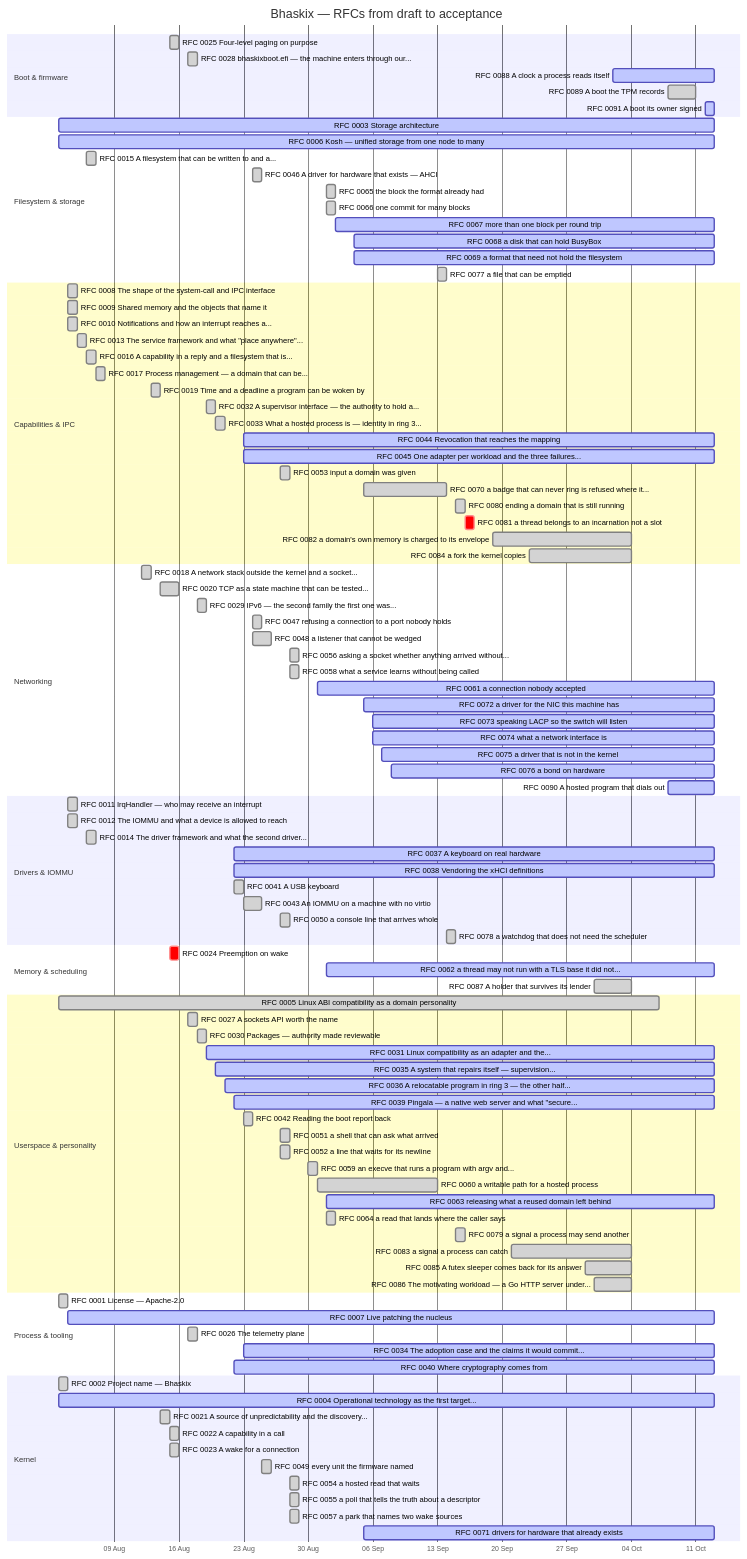
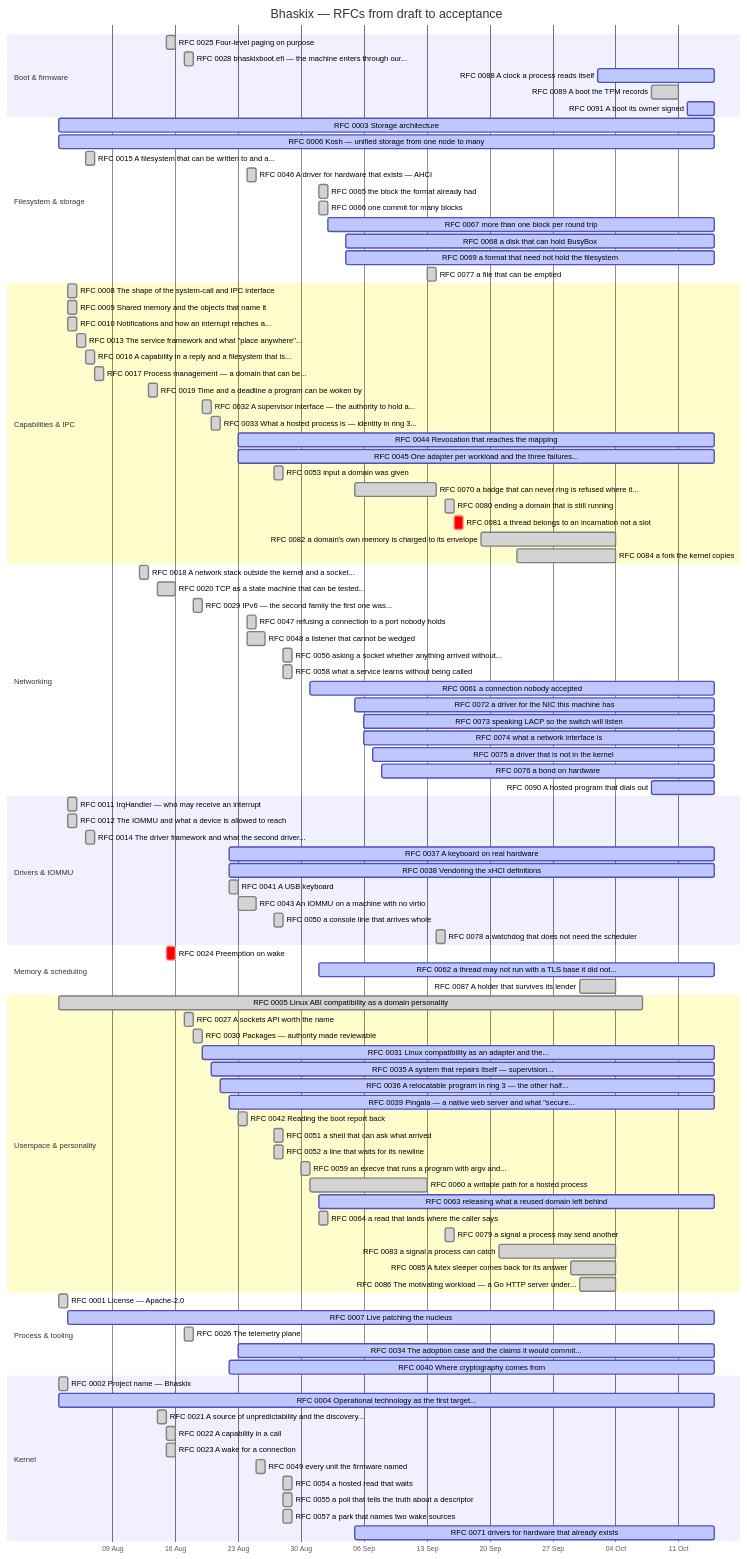
One commit to bhaskix/bhaskix changed the diagram in docs/progress.md. Above: the diagram before and after it, drawn with Mermaid. The commit also changed other lines of this file and 4 other files, not shown here.

First line of the commit message:
kernel: read the dial probe's finishing word before its answers

````diff
--- a/docs/progress.md
+++ b/docs/progress.md
@@ -30,19 +30,19 @@
     section Boot & firmware
     RFC 0025 Four-level paging on purpose :done, r0025, 2026-08-15, 2026-08-16
     RFC 0028 bhaskixboot.efi — the machine enters through our... :done, r0028, 2026-08-17, 2026-08-18
-    RFC 0088 A clock a process reads itself :active, r0088, 2026-10-02, 2026-10-13
+    RFC 0088 A clock a process reads itself :active, r0088, 2026-10-02, 2026-10-15
     RFC 0089 A boot the TPM records :done, r0089, 2026-10-08, 2026-10-11
-    RFC 0091 A boot its owner signed :active, r0091, 2026-10-12, 2026-10-13
+    RFC 0091 A boot its owner signed :active, r0091, 2026-10-12, 2026-10-15
     section Filesystem & storage
-    RFC 0003 Storage architecture :active, r0003, 2026-08-03, 2026-10-13
-    RFC 0006 Kosh — unified storage from one node to many :active, r0006, 2026-08-03, 2026-10-13
+    RFC 0003 Storage architecture :active, r0003, 2026-08-03, 2026-10-15
+    RFC 0006 Kosh — unified storage from one node to many :active, r0006, 2026-08-03, 2026-10-15
     RFC 0015 A filesystem that can be written to and a... :done, r0015, 2026-08-06, 1d
     RFC 0046 A driver for hardware that exists — AHCI :done, r0046, 2026-08-24, 1d
     RFC 0065 the block the format already had :done, r0065, 2026-09-01, 1d
     RFC 0066 one commit for many blocks :done, r0066, 2026-09-01, 1d
-    RFC 0067 more than one block per round trip :active, r0067, 2026-09-02, 2026-10-13
-    RFC 0068 a disk that can hold BusyBox :active, r0068, 2026-09-04, 2026-10-13
-    RFC 0069 a format that need not hold the filesystem :active, r0069, 2026-09-04, 2026-10-13
+    RFC 0067 more than one block per round trip :active, r0067, 2026-09-02, 2026-10-15
+    RFC 0068 a disk that can hold BusyBox :active, r0068, 2026-09-04, 2026-10-15
+    RFC 0069 a format that need not hold the filesystem :active, r0069, 2026-09-04, 2026-10-15
     RFC 0077 a file that can be emptied :done, r0077, 2026-09-13, 1d
     section Capabilities & IPC
     RFC 0008 The shape of the system-call and IPC interface :done, r0008, 2026-08-04, 1d
@@ -54,8 +54,8 @@
     RFC 0019 Time and a deadline a program can be woken by :done, r0019, 2026-08-13, 2026-08-14
     RFC 0032 A supervisor interface — the authority to hold a... :done, r0032, 2026-08-19, 2026-08-20
     RFC 0033 What a hosted process is — identity in ring 3... :done, r0033, 2026-08-20, 1d
-    RFC 0044 Revocation that reaches the mapping :active, r0044, 2026-08-23, 2026-10-13
-    RFC 0045 One adapter per workload and the three failures... :active, r0045, 2026-08-23, 2026-10-13
+    RFC 0044 Revocation that reaches the mapping :active, r0044, 2026-08-23, 2026-10-15
+    RFC 0045 One adapter per workload and the three failures... :active, r0045, 2026-08-23, 2026-10-15
     RFC 0053 input a domain was given :done, r0053, 2026-08-27, 1d
     RFC 0070 a badge that can never ring is refused where it... :done, r0070, 2026-09-05, 2026-09-14
     RFC 0080 ending a domain that is still running :done, r0080, 2026-09-15, 1d
@@ -70,41 +70,41 @@
     RFC 0048 a listener that cannot be wedged :done, r0048, 2026-08-24, 2026-08-26
     RFC 0056 asking a socket whether anything arrived without... :done, r0056, 2026-08-28, 1d
     RFC 0058 what a service learns without being called :done, r0058, 2026-08-28, 1d
-    RFC 0061 a connection nobody accepted :active, r0061, 2026-08-31, 2026-10-13
-    RFC 0072 a driver for the NIC this machine has :active, r0072, 2026-09-05, 2026-10-13
-    RFC 0073 speaking LACP so the switch will listen :active, r0073, 2026-09-06, 2026-10-13
-    RFC 0074 what a network interface is :active, r0074, 2026-09-06, 2026-10-13
-    RFC 0075 a driver that is not in the kernel :active, r0075, 2026-09-07, 2026-10-13
-    RFC 0076 a bond on hardware :active, r0076, 2026-09-08, 2026-10-13
-    RFC 0090 A hosted program that dials out :active, r0090, 2026-10-08, 2026-10-13
+    RFC 0061 a connection nobody accepted :active, r0061, 2026-08-31, 2026-10-15
+    RFC 0072 a driver for the NIC this machine has :active, r0072, 2026-09-05, 2026-10-15
+    RFC 0073 speaking LACP so the switch will listen :active, r0073, 2026-09-06, 2026-10-15
+    RFC 0074 what a network interface is :active, r0074, 2026-09-06, 2026-10-15
+    RFC 0075 a driver that is not in the kernel :active, r0075, 2026-09-07, 2026-10-15
+    RFC 0076 a bond on hardware :active, r0076, 2026-09-08, 2026-10-15
+    RFC 0090 A hosted program that dials out :active, r0090, 2026-10-08, 2026-10-15
     section Drivers & IOMMU
     RFC 0011 IrqHandler — who may receive an interrupt :done, r0011, 2026-08-04, 1d
     RFC 0012 The IOMMU and what a device is allowed to reach :done, r0012, 2026-08-04, 1d
     RFC 0014 The driver framework and what the second driver... :done, r0014, 2026-08-06, 1d
-    RFC 0037 A keyboard on real hardware :active, r0037, 2026-08-22, 2026-10-13
-    RFC 0038 Vendoring the xHCI definitions :active, r0038, 2026-08-22, 2026-10-13
+    RFC 0037 A keyboard on real hardware :active, r0037, 2026-08-22, 2026-10-15
+    RFC 0038 Vendoring the xHCI definitions :active, r0038, 2026-08-22, 2026-10-15
     RFC 0041 A USB keyboard :done, r0041, 2026-08-22, 2026-08-23
     RFC 0043 An IOMMU on a machine with no virtio :done, r0043, 2026-08-23, 2026-08-25
     RFC 0050 a console line that arrives whole :done, r0050, 2026-08-27, 1d
     RFC 0078 a watchdog that does not need the scheduler :done, r0078, 2026-09-14, 2026-09-15
     section Memory & scheduling
     RFC 0024 Preemption on wake :crit, r0024, 2026-08-15, 1d
-    RFC 0062 a thread may not run with a TLS base it did not... :active, r0062, 2026-09-01, 2026-10-13
+    RFC 0062 a thread may not run with a TLS base it did not... :active, r0062, 2026-09-01, 2026-10-15
     RFC 0087 A holder that survives its lender :done, r0087, 2026-09-30, 2026-10-04
     section Userspace & personality
     RFC 0005 Linux ABI compatibility as a domain personality :done, r0005, 2026-08-03, 2026-10-07
     RFC 0027 A sockets API worth the name :done, r0027, 2026-08-17, 1d
     RFC 0030 Packages — authority made reviewable :done, r0030, 2026-08-18, 2026-08-19
-    RFC 0031 Linux compatibility as an adapter and the... :active, r0031, 2026-08-19, 2026-10-13
-    RFC 0035 A system that repairs itself — supervision... :active, r0035, 2026-08-20, 2026-10-13
-    RFC 0036 A relocatable program in ring 3 — the other half... :active, r0036, 2026-08-21, 2026-10-13
-    RFC 0039 Pingala — a native web server and what "secure... :active, r0039, 2026-08-22, 2026-10-13
+    RFC 0031 Linux compatibility as an adapter and the... :active, r0031, 2026-08-19, 2026-10-15
+    RFC 0035 A system that repairs itself — supervision... :active, r0035, 2026-08-20, 2026-10-15
+    RFC 0036 A relocatable program in ring 3 — the other half... :active, r0036, 2026-08-21, 2026-10-15
+    RFC 0039 Pingala — a native web server and what "secure... :active, r0039, 2026-08-22, 2026-10-15
     RFC 0042 Reading the boot report back :done, r0042, 2026-08-23, 1d
     RFC 0051 a shell that can ask what arrived :done, r0051, 2026-08-27, 1d
     RFC 0052 a line that waits for its newline :done, r0052, 2026-08-27, 1d
     RFC 0059 an execve that runs a program with argv and... :done, r0059, 2026-08-30, 1d
     RFC 0060 a writable path for a hosted process :done, r0060, 2026-08-31, 2026-09-13
-    RFC 0063 releasing what a reused domain left behind :active, r0063, 2026-09-01, 2026-10-13
+    RFC 0063 releasing what a reused domain left behind :active, r0063, 2026-09-01, 2026-10-15
     RFC 0064 a read that lands where the caller says :done, r0064, 2026-09-01, 1d
     RFC 0079 a signal a process may send another :done, r0079, 2026-09-15, 1d
     RFC 0083 a signal a process can catch :done, r0083, 2026-09-21, 2026-10-04
@@ -112,13 +112,13 @@
     RFC 0086 The motivating workload — a Go HTTP server under... :done, r0086, 2026-09-30, 2026-10-04
     section Process & tooling
     RFC 0001 License — Apache-2.0 :done, r0001, 2026-08-03, 1d
-    RFC 0007 Live patching the nucleus :active, r0007, 2026-08-04, 2026-10-13
+    RFC 0007 Live patching the nucleus :active, r0007, 2026-08-04, 2026-10-15
     RFC 0026 The telemetry plane :done, r0026, 2026-08-17, 1d
-    RFC 0034 The adoption case and the claims it would commit... :active, r0034, 2026-08-23, 2026-10-13
-    RFC 0040 Where cryptography comes from :active, r0040, 2026-08-22, 2026-10-13
+    RFC 0034 The adoption case and the claims it would commit... :active, r0034, 2026-08-23, 2026-10-15
+    RFC 0040 Where cryptography comes from :active, r0040, 2026-08-22, 2026-10-15
     section Kernel
     RFC 0002 Project name — Bhaskix :done, r0002, 2026-08-03, 1d
-    RFC 0004 Operational technology as the first target... :active, r0004, 2026-08-03, 2026-10-13
+    RFC 0004 Operational technology as the first target... :active, r0004, 2026-08-03, 2026-10-15
     RFC 0021 A source of unpredictability and the discovery... :done, r0021, 2026-08-14, 1d
     RFC 0022 A capability in a call :done, r0022, 2026-08-15, 2026-08-16
     RFC 0023 A wake for a connection :done, r0023, 2026-08-15, 2026-08-16
@@ -126,5 +126,5 @@
     RFC 0054 a hosted read that waits :done, r0054, 2026-08-28, 1d
     RFC 0055 a poll that tells the truth about a descriptor :done, r0055, 2026-08-28, 1d
     RFC 0057 a park that names two wake sources :done, r0057, 2026-08-28, 1d
-    RFC 0071 drivers for hardware that already exists :active, r0071, 2026-09-05, 2026-10-13
+    RFC 0071 drivers for hardware that already exists :active, r0071, 2026-09-05, 2026-10-15
 ```
````
